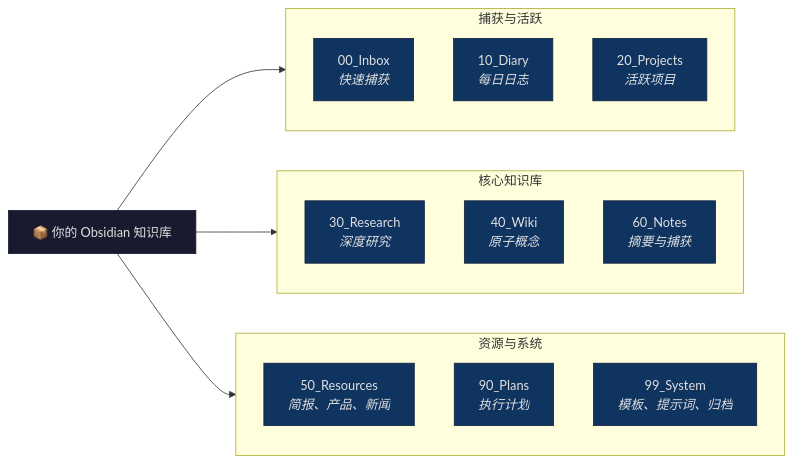
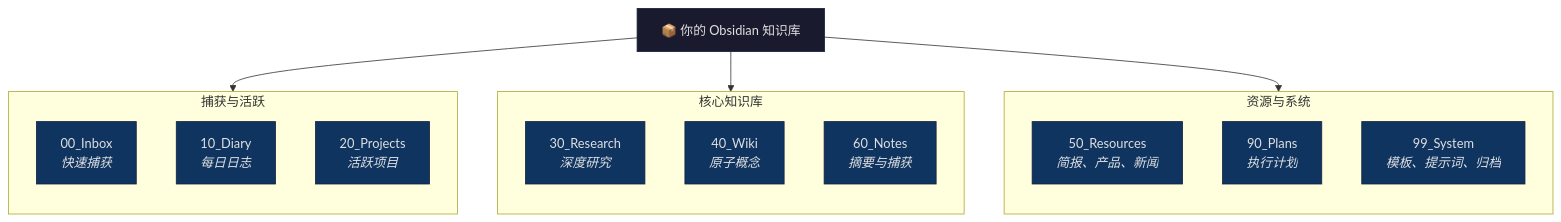
One commit to dull-bird/DeepOrbit changed the second of 8 diagrams in README_CN.md. Above: the diagram before and after it, drawn with Mermaid. The commit also changed 1 other file, not shown here.

````diff
--- a/README_CN.md
+++ b/README_CN.md
@@ -80,40 +80,40 @@
 ```mermaid
-flowchart LR
+flowchart TD
     V["📦 你的 Obsidian 知识库"]
     
     V --> G1
     V --> G2
     V --> G3
 
-    subgraph G1 ["捕获与活跃"]
+    subgraph G1 [捕获与活跃]
         direction TD
-        A["00_Inbox<br/><i>快速捕获</i>"]
-        B["10_Diary<br/><i>每日日志</i>"]
-        C["20_Projects<br/><i>活跃项目</i>"]
+        node_A["00_Inbox<br/><i>快速捕获</i>"]
+        node_B["10_Diary<br/><i>每日日志</i>"]
+        node_C["20_Projects<br/><i>活跃项目</i>"]
     end
     
-    subgraph G2 ["核心知识库"]
+    subgraph G2 [核心知识库]
         direction TD
-        D["30_Research<br/><i>深度研究</i>"]
-        E["40_Wiki<br/><i>原子概念</i>"]
-        G["60_Notes<br/><i>摘要与捕获</i>"]
+        node_D["30_Research<br/><i>深度研究</i>"]
+        node_E["40_Wiki<br/><i>原子概念</i>"]
+        node_G["60_Notes<br/><i>摘要与捕获</i>"]
     end
     
-    subgraph G3 ["资源与系统"]
+    subgraph G3 [资源与系统]
         direction TD
-        F["50_Resources<br/><i>简报、产品、新闻</i>"]
-        H["90_Plans<br/><i>执行计划</i>"]
-        I["99_System<br/><i>模板、提示词、归档</i>"]
+        node_F["50_Resources<br/><i>简报、产品、新闻</i>"]
+        node_H["90_Plans<br/><i>执行计划</i>"]
+        node_I["99_System<br/><i>模板、提示词、归档</i>"]
     end
 
     style V fill:#1a1a2e,stroke:#16213e,color:#e0e0e0
-    style A fill:#0f3460,stroke:#16213e,color:#e0e0e0
-    style B fill:#0f3460,stroke:#16213e,color:#e0e0e0
-    style C fill:#0f3460,stroke:#16213e,color:#e0e0e0
-    style D fill:#0f3460,stroke:#16213e,color:#e0e0e0
-    style E fill:#0f3460,stroke:#16213e,color:#e0e0e0
-    style F fill:#0f3460,stroke:#16213e,color:#e0e0e0
-    style G fill:#0f3460,stroke:#16213e,color:#e0e0e0
-    style H fill:#0f3460,stroke:#16213e,color:#e0e0e0
-    style I fill:#0f3460,stroke:#16213e,color:#e0e0e0
+    style node_A fill:#0f3460,stroke:#16213e,color:#e0e0e0
+    style node_B fill:#0f3460,stroke:#16213e,color:#e0e0e0
+    style node_C fill:#0f3460,stroke:#16213e,color:#e0e0e0
+    style node_D fill:#0f3460,stroke:#16213e,color:#e0e0e0
+    style node_E fill:#0f3460,stroke:#16213e,color:#e0e0e0
+    style node_F fill:#0f3460,stroke:#16213e,color:#e0e0e0
+    style node_G fill:#0f3460,stroke:#16213e,color:#e0e0e0
+    style node_H fill:#0f3460,stroke:#16213e,color:#e0e0e0
+    style node_I fill:#0f3460,stroke:#16213e,color:#e0e0e0
 ```
````
